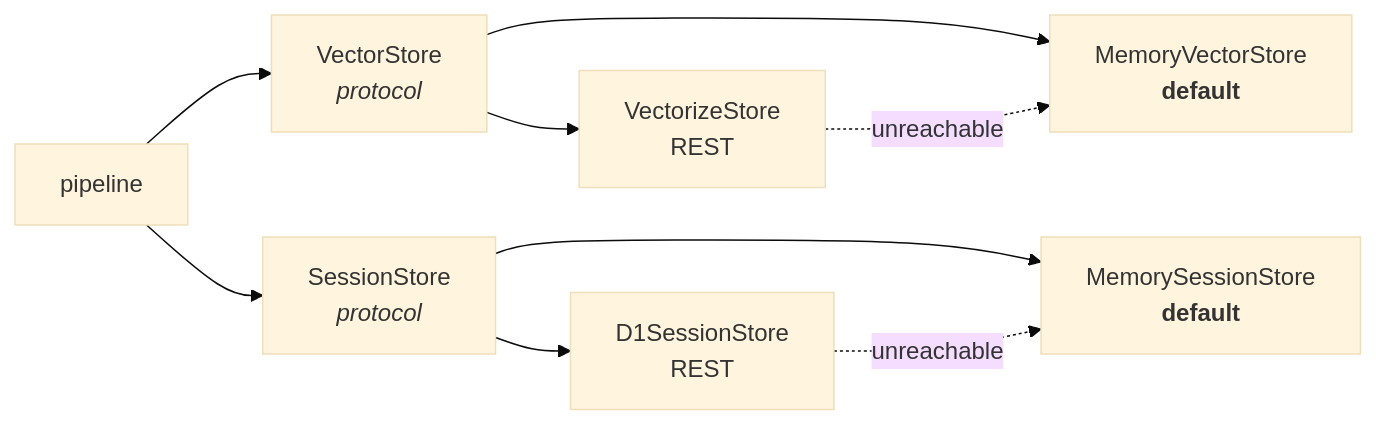
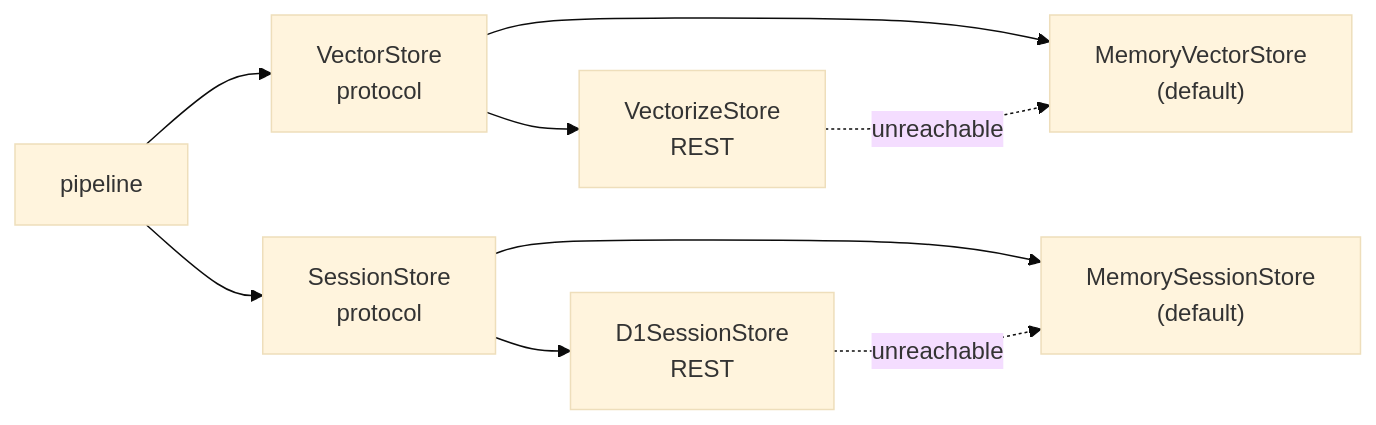
The sixth of 9 diagrams in packages/engine/ARCHITECTURE.md (japneet250/Agent-Gate), drawn with Mermaid (base theme) before and after one commit. The commit also changed other lines of this file and 3 other files, not shown here.

````diff
--- a/packages/engine/ARCHITECTURE.md
+++ b/packages/engine/ARCHITECTURE.md
@@ -207,13 +207,13 @@
 ```mermaid
 flowchart LR
-    P["pipeline"] --> VI["VectorStore<br/><i>protocol</i>"]
-    P --> SI["SessionStore<br/><i>protocol</i>"]
+    P["pipeline"] --> VI["VectorStore<br/>protocol"]
+    P --> SI["SessionStore<br/>protocol"]
 
-    VI --> MV["MemoryVectorStore<br/><b>default</b>"]
+    VI --> MV["MemoryVectorStore<br/>(default)"]
     VI --> CV["VectorizeStore<br/>REST"]
-    SI --> MS["MemorySessionStore<br/><b>default</b>"]
+    SI --> MS["MemorySessionStore<br/>(default)"]
     SI --> CD["D1SessionStore<br/>REST"]
 
     CV -.->|"unreachable"| MV
     CD -.->|"unreachable"| MS
 ```
````
